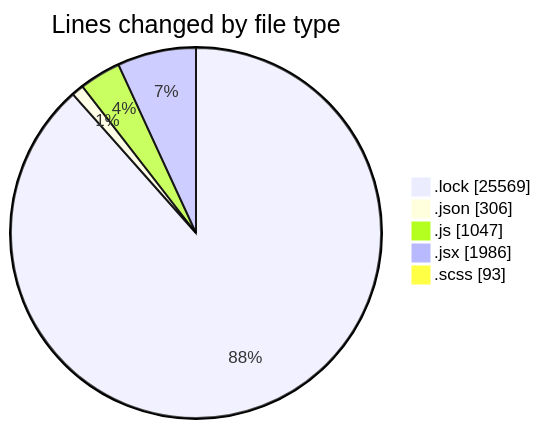
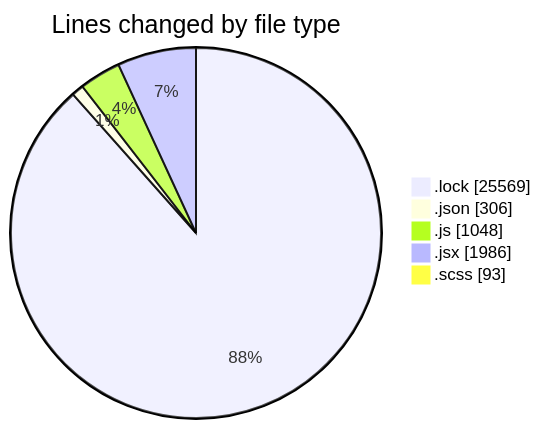
The first of 2 diagrams in 2026-01-07/cda/README.md (momahboobian/code-tracking), drawn with Mermaid before and after one commit. The commit also changed other lines of this file and 1 other file, not shown here.

````diff
--- a/2026-01-07/cda/README.md
+++ b/2026-01-07/cda/README.md
@@ -43,9 +43,9 @@
 ```mermaid
 pie showData
 title Lines changed by file type
 ".lock" : 25569
 ".json" : 306
-".js" : 1047
+".js" : 1048
 ".jsx" : 1986
 ".scss" : 93
 ```
````
